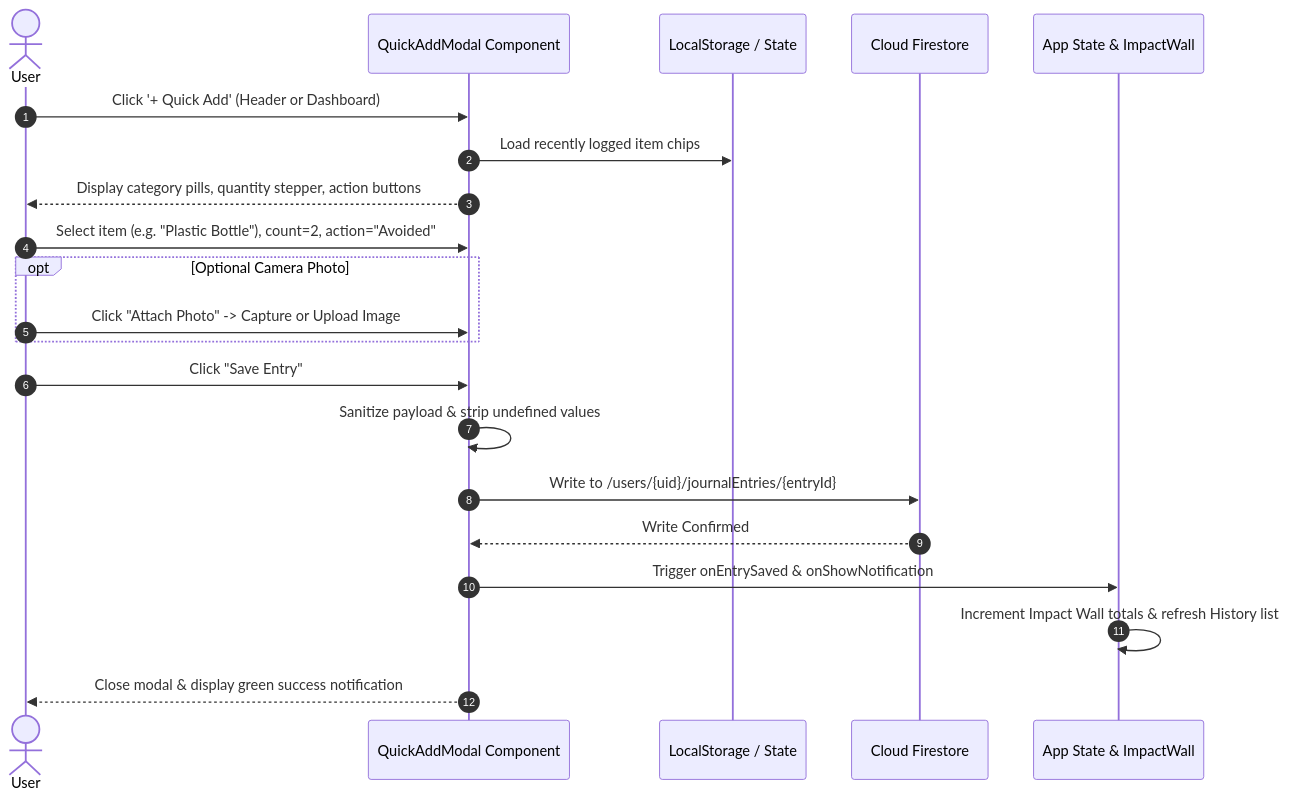
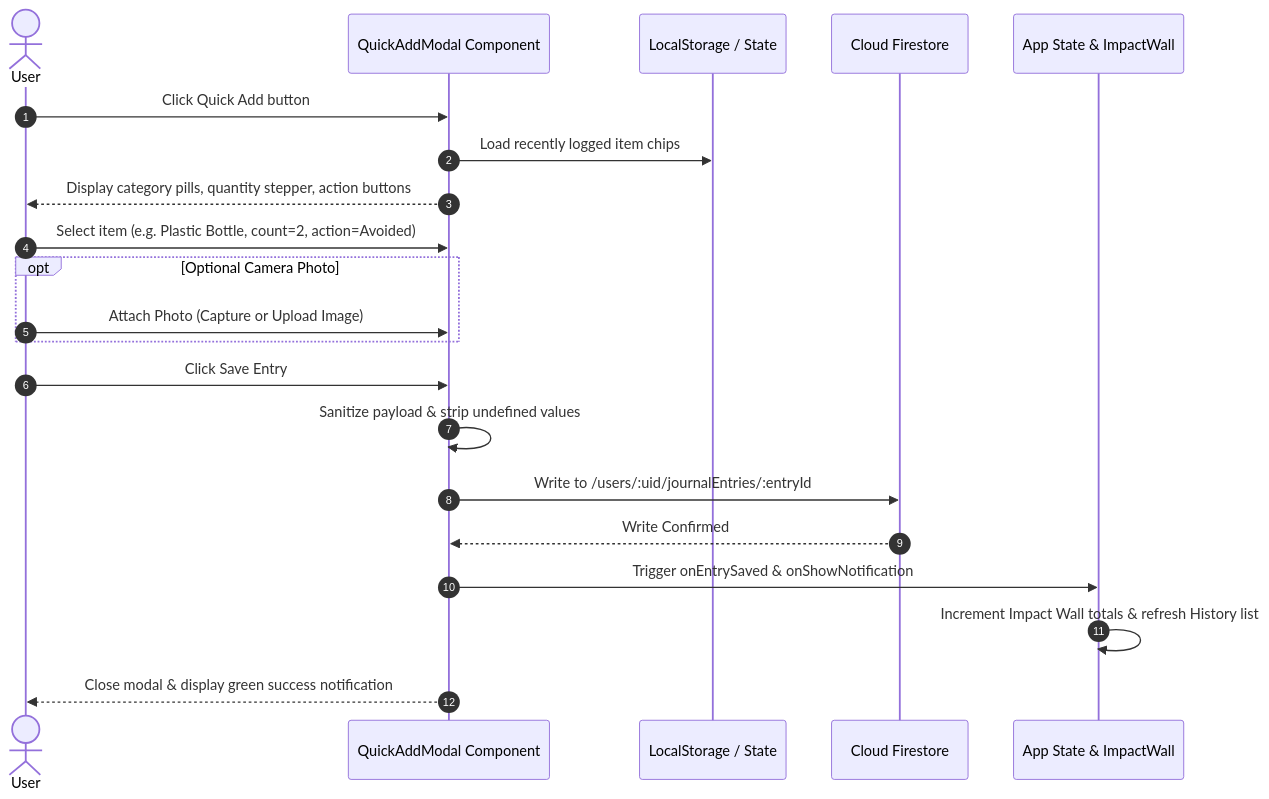
The third of 6 diagrams in README.md (milanbohara101-create/Plastic-Consumption-Tracker), drawn with Mermaid before and after one commit. The commit also changed other lines of this file and 6 other files, not shown here.

````diff
--- a/README.md
+++ b/README.md
@@ -125,24 +125,24 @@
 ```mermaid
 sequenceDiagram
     autonumber
     actor User
     participant Modal as QuickAddModal Component
     participant Storage as LocalStorage / State
     participant FS as Cloud Firestore
     participant App as App State & ImpactWall
 
-    User->>Modal: Click '+ Quick Add' (Header or Dashboard)
+    User->>Modal: Click Quick Add button
     Modal->>Storage: Load recently logged item chips
     Modal-->>User: Display category pills, quantity stepper, action buttons
-    User->>Modal: Select item (e.g. "Plastic Bottle"), count=2, action="Avoided"
+    User->>Modal: Select item (e.g. Plastic Bottle, count=2, action=Avoided)
     opt Optional Camera Photo
-        User->>Modal: Click "Attach Photo" -> Capture or Upload Image
+        User->>Modal: Attach Photo (Capture or Upload Image)
     end
-    User->>Modal: Click "Save Entry"
+    User->>Modal: Click Save Entry
     Modal->>Modal: Sanitize payload & strip undefined values
-    Modal->>FS: Write to /users/{uid}/journalEntries/{entryId}
+    Modal->>FS: Write to /users/:uid/journalEntries/:entryId
     FS-->>Modal: Write Confirmed
     Modal->>App: Trigger onEntrySaved & onShowNotification
     App->>App: Increment Impact Wall totals & refresh History list
     Modal-->>User: Close modal & display green success notification
 ```
````
